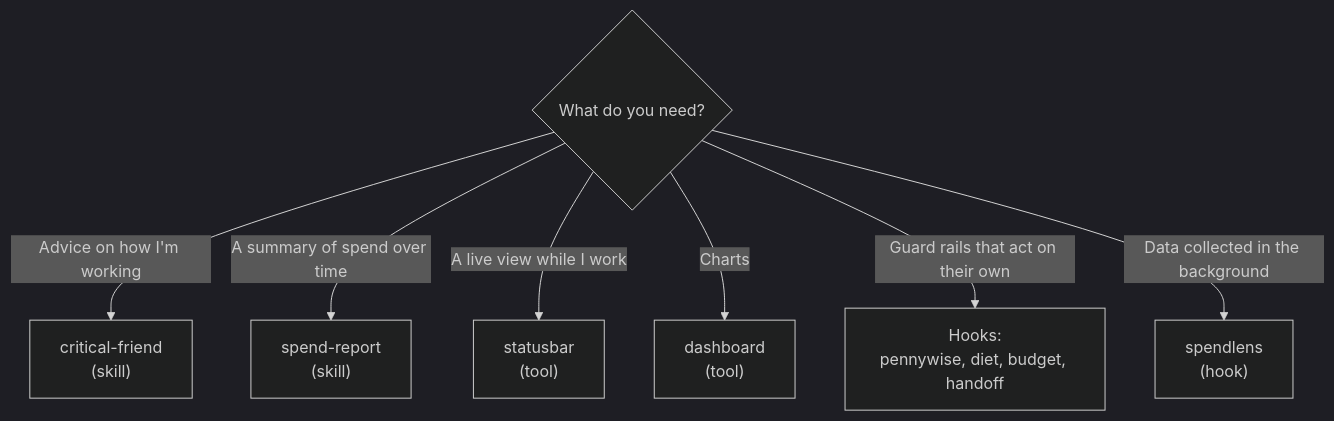
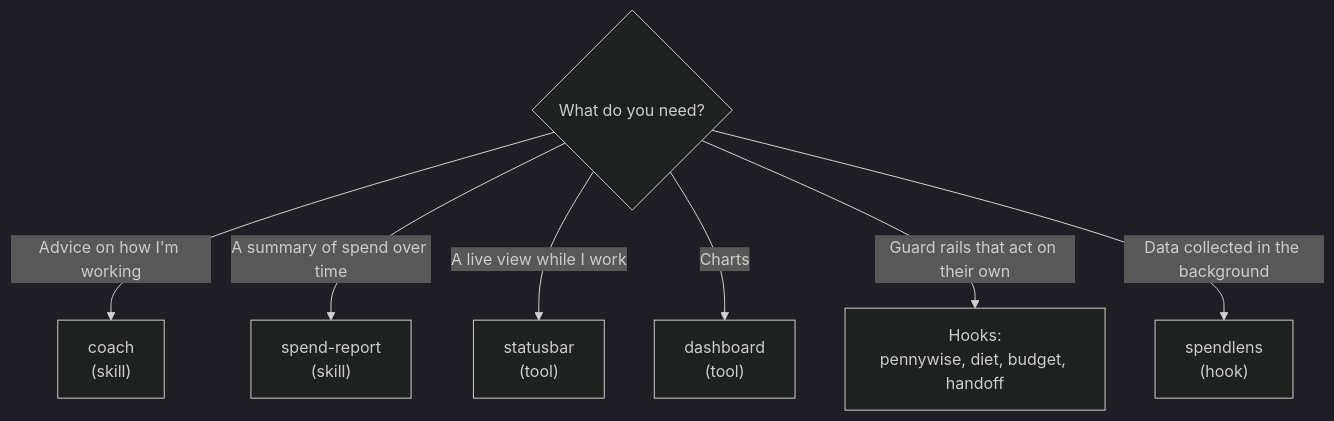
One commit to andrew44/tokenomics changed the first of 2 diagrams in docs/skills-tools-and-hooks.md. Above: the diagram before and after it, drawn with Mermaid (dark theme). The commit also changed other lines of this file and 9 other files, not shown here.

First line of the commit message:
Rename critical-friend to coach

````diff
--- a/docs/skills-tools-and-hooks.md
+++ b/docs/skills-tools-and-hooks.md
@@ -33,9 +33,9 @@
 ```mermaid
 flowchart TD
-    Q{"What do you need?"} -->|"Advice on how I'm working"| CF["critical-friend<br/>(skill)"]
+    Q{"What do you need?"} -->|"Advice on how I'm working"| CF["coach<br/>(skill)"]
     Q -->|"A summary of spend over time"| SR["spend-report<br/>(skill)"]
     Q -->|"A live view while I work"| SB["statusbar<br/>(tool)"]
     Q -->|"Charts"| DB["dashboard<br/>(tool)"]
     Q -->|"Guard rails that act on their own"| H["Hooks:<br/>pennywise, diet, budget, handoff"]
     Q -->|"Data collected in the background"| SL["spendlens<br/>(hook)"]
 ```
````
